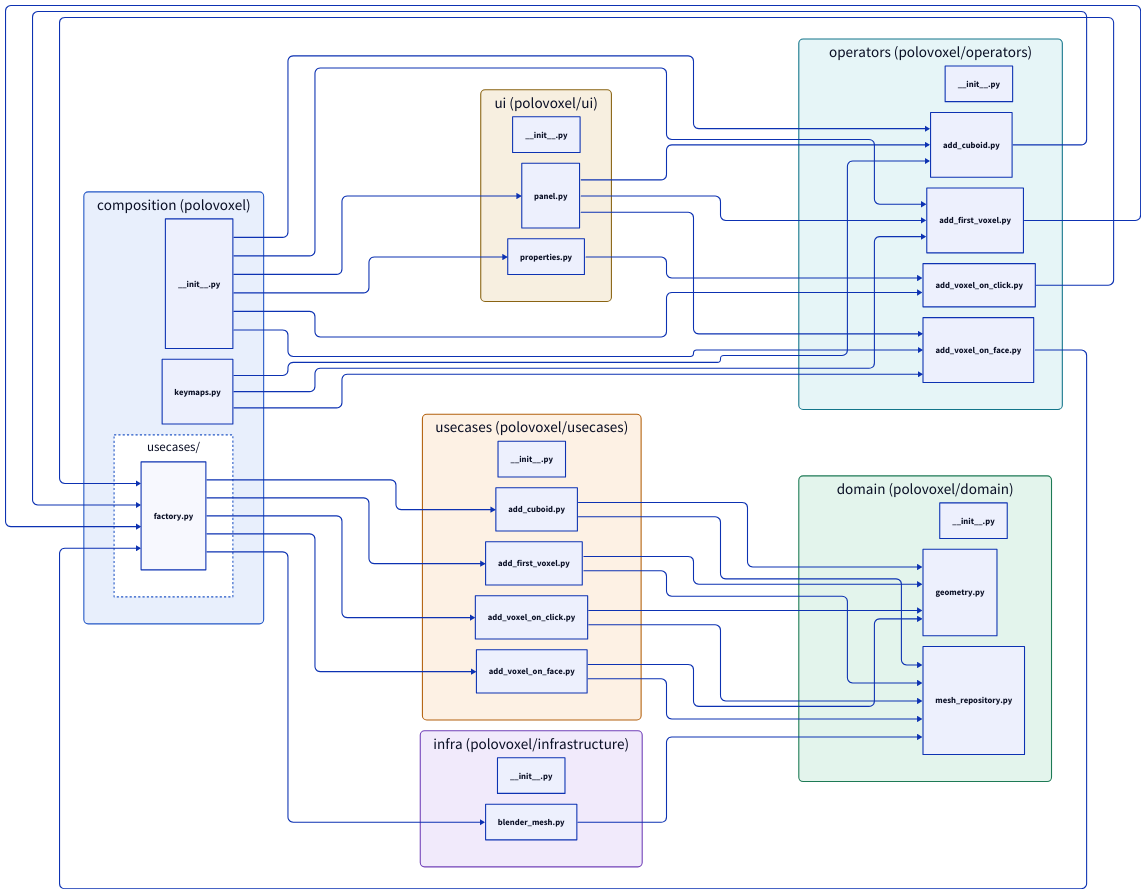
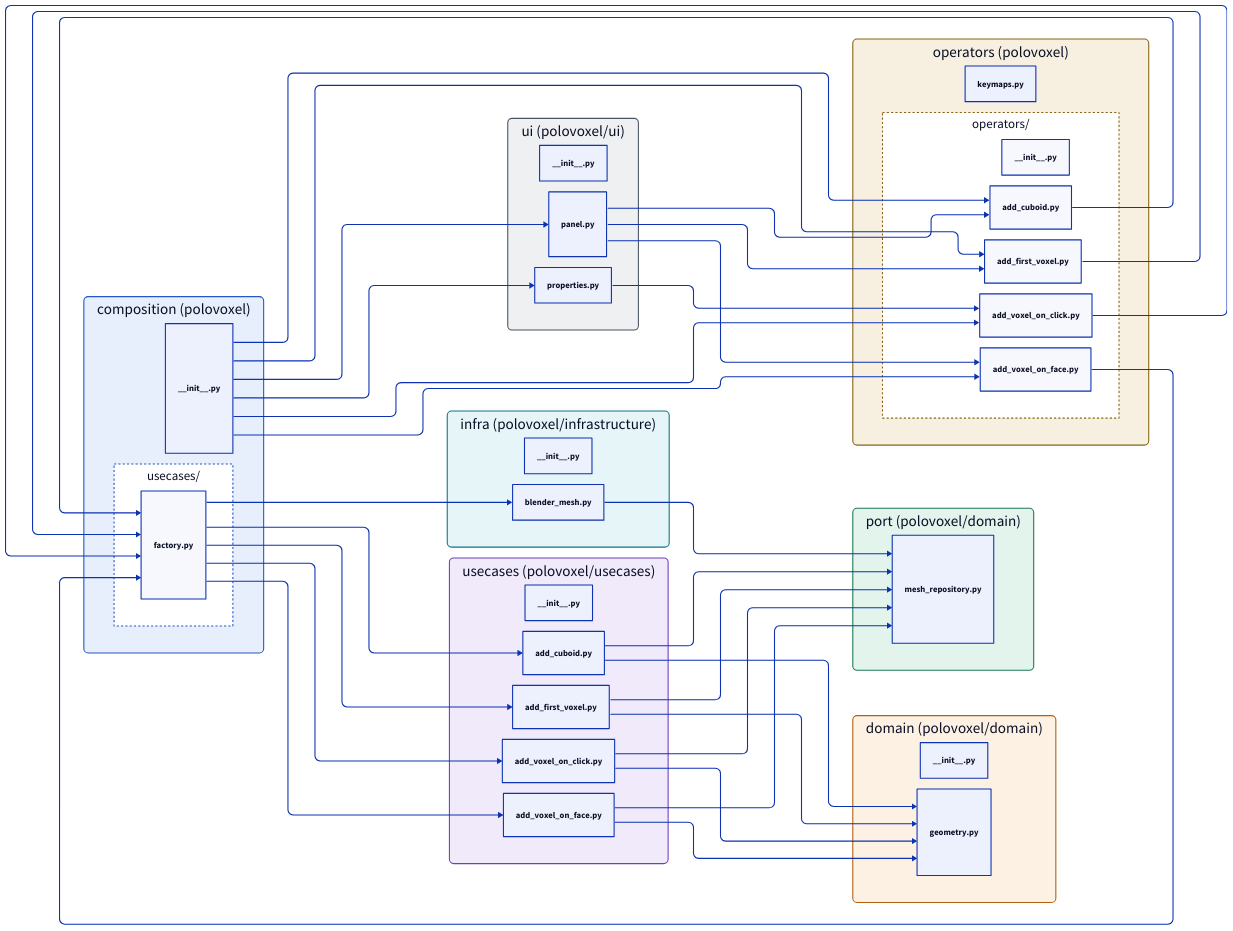
Before and after one commit to polotto/polovoxel: the diagram in docs/diagrams/camadas.d2, drawn with D2. The commit also changed 3 other files, not shown here.

Commit message:
fix: regra de camadas completa conforme docs/ARCHITECTURE.md

```diff
--- a/docs/diagrams/camadas.d2
+++ b/docs/diagrams/camadas.d2
@@ -1,82 +1,85 @@
 # Gerado por `tools arch-check --d2` a partir dos imports. Não editar à mão.
 direction: right
 vars: { d2-config: { layout-engine: elk } }
 
 composition: "composition  (polovoxel)" {
   style: { fill: "#e8effc"; stroke: "#2357c6"; border-radius: 8 }
   "polovoxel/__init__.py": "__init__.py"
-  "polovoxel/keymaps.py": "keymaps.py"
   "usecases": "usecases/" { style: { fill: "#ffffff"; stroke: "#2357c6"; stroke-dash: 2 }
     "polovoxel/usecases/factory.py": "factory.py"
   }
 }
 
-domain: "domain  (polovoxel/domain)" {
+port: "port  (polovoxel/domain)" {
   style: { fill: "#e3f4ec"; stroke: "#1d7a55"; border-radius: 8 }
-  "polovoxel/domain/__init__.py": "__init__.py"
-  "polovoxel/domain/geometry.py": "geometry.py"
   "polovoxel/domain/mesh_repository.py": "mesh_repository.py"
 }
 
+domain: "domain  (polovoxel/domain)" {
+  style: { fill: "#fdf1e4"; stroke: "#b4610e"; border-radius: 8 }
+  "polovoxel/domain/__init__.py": "__init__.py"
+  "polovoxel/domain/geometry.py": "geometry.py"
+}
+
 usecases: "usecases  (polovoxel/usecases)" {
-  style: { fill: "#fdf1e4"; stroke: "#b4610e"; border-radius: 8 }
+  style: { fill: "#f1eafb"; stroke: "#7140b8"; border-radius: 8 }
   "polovoxel/usecases/__init__.py": "__init__.py"
   "polovoxel/usecases/add_cuboid.py": "add_cuboid.py"
   "polovoxel/usecases/add_first_voxel.py": "add_first_voxel.py"
   "polovoxel/usecases/add_voxel_on_click.py": "add_voxel_on_click.py"
   "polovoxel/usecases/add_voxel_on_face.py": "add_voxel_on_face.py"
 }
 
 infra: "infra  (polovoxel/infrastructure)" {
-  style: { fill: "#f1eafb"; stroke: "#7140b8"; border-radius: 8 }
+  style: { fill: "#e6f5f7"; stroke: "#13758a"; border-radius: 8 }
   "polovoxel/infrastructure/__init__.py": "__init__.py"
   "polovoxel/infrastructure/blender_mesh.py": "blender_mesh.py"
 }
 
-operators: "operators  (polovoxel/operators)" {
-  style: { fill: "#e6f5f7"; stroke: "#13758a"; border-radius: 8 }
-  "polovoxel/operators/__init__.py": "__init__.py"
-  "polovoxel/operators/add_cuboid.py": "add_cuboid.py"
-  "polovoxel/operators/add_first_voxel.py": "add_first_voxel.py"
-  "polovoxel/operators/add_voxel_on_click.py": "add_voxel_on_click.py"
-  "polovoxel/operators/add_voxel_on_face.py": "add_voxel_on_face.py"
+operators: "operators  (polovoxel)" {
+  style: { fill: "#f7efe0"; stroke: "#8a6413"; border-radius: 8 }
+  "polovoxel/keymaps.py": "keymaps.py"
+  "operators": "operators/" { style: { fill: "#ffffff"; stroke: "#8a6413"; stroke-dash: 2 }
+    "polovoxel/operators/__init__.py": "__init__.py"
+    "polovoxel/operators/add_cuboid.py": "add_cuboid.py"
+    "polovoxel/operators/add_first_voxel.py": "add_first_voxel.py"
+    "polovoxel/operators/add_voxel_on_click.py": "add_voxel_on_click.py"
+    "polovoxel/operators/add_voxel_on_face.py": "add_voxel_on_face.py"
+  }
 }
 
 ui: "ui  (polovoxel/ui)" {
-  style: { fill: "#f7efe0"; stroke: "#8a6413"; border-radius: 8 }
+  style: { fill: "#eef0f2"; stroke: "#4a5563"; border-radius: 8 }
   "polovoxel/ui/__init__.py": "__init__.py"
   "polovoxel/ui/panel.py": "panel.py"
   "polovoxel/ui/properties.py": "properties.py"
 }
 
-composition."polovoxel/__init__.py" -> operators."polovoxel/operators/add_cuboid.py"
-composition."polovoxel/__init__.py" -> operators."polovoxel/operators/add_first_voxel.py"
-composition."polovoxel/__init__.py" -> operators."polovoxel/operators/add_voxel_on_click.py"
-composition."polovoxel/__init__.py" -> operators."polovoxel/operators/add_voxel_on_face.py"
+composition."polovoxel/__init__.py" -> operators."operators"."polovoxel/operators/add_cuboid.py"
+composition."polovoxel/__init__.py" -> operators."operators"."polovoxel/operators/add_first_voxel.py"
+composition."polovoxel/__init__.py" -> operators."operators"."polovoxel/operators/add_voxel_on_click.py"
+composition."polovoxel/__init__.py" -> operators."operators"."polovoxel/operators/add_voxel_on_face.py"
 composition."polovoxel/__init__.py" -> ui."polovoxel/ui/panel.py"
 composition."polovoxel/__init__.py" -> ui."polovoxel/ui/properties.py"
-infra."polovoxel/infrastructure/blender_mesh.py" -> domain."polovoxel/domain/mesh_repository.py"
-composition."polovoxel/keymaps.py" -> operators."polovoxel/operators/add_cuboid.py"
-composition."polovoxel/keymaps.py" -> operators."polovoxel/operators/add_first_voxel.py"
-composition."polovoxel/keymaps.py" -> operators."polovoxel/operators/add_voxel_on_face.py"
-operators."polovoxel/operators/add_cuboid.py" -> composition."usecases"."polovoxel/usecases/factory.py"
-operators."polovoxel/operators/add_first_voxel.py" -> composition."usecases"."polovoxel/usecases/factory.py"
-operators."polovoxel/operators/add_voxel_on_click.py" -> composition."usecases"."polovoxel/usecases/factory.py"
-operators."polovoxel/operators/add_voxel_on_face.py" -> composition."usecases"."polovoxel/usecases/factory.py"
-ui."polovoxel/ui/panel.py" -> operators."polovoxel/operators/add_cuboid.py"
-ui."polovoxel/ui/panel.py" -> operators."polovoxel/operators/add_first_voxel.py"
-ui."polovoxel/ui/panel.py" -> operators."polovoxel/operators/add_voxel_on_face.py"
-ui."polovoxel/ui/properties.py" -> operators."polovoxel/operators/add_voxel_on_click.py"
+infra."polovoxel/infrastructure/blender_mesh.py" -> port."polovoxel/domain/mesh_repository.py"
+operators."operators"."polovoxel/operators/add_cuboid.py" -> composition."usecases"."polovoxel/usecases/factory.py"
+operators."operators"."polovoxel/operators/add_first_voxel.py" -> composition."usecases"."polovoxel/usecases/factory.py"
+operators."operators"."polovoxel/operators/add_voxel_on_click.py" -> composition."usecases"."polovoxel/usecases/factory.py"
+operators."operators"."polovoxel/operators/add_voxel_on_face.py" -> composition."usecases"."polovoxel/usecases/factory.py"
+ui."polovoxel/ui/panel.py" -> operators."operators"."polovoxel/operators/add_cuboid.py"
+ui."polovoxel/ui/panel.py" -> operators."operators"."polovoxel/operators/add_first_voxel.py"
+ui."polovoxel/ui/panel.py" -> operators."operators"."polovoxel/operators/add_voxel_on_face.py"
+ui."polovoxel/ui/properties.py" -> operators."operators"."polovoxel/operators/add_voxel_on_click.py"
 usecases."polovoxel/usecases/add_cuboid.py" -> domain."polovoxel/domain/geometry.py"
-usecases."polovoxel/usecases/add_cuboid.py" -> domain."polovoxel/domain/mesh_repository.py"
+usecases."polovoxel/usecases/add_cuboid.py" -> port."polovoxel/domain/mesh_repository.py"
 usecases."polovoxel/usecases/add_first_voxel.py" -> domain."polovoxel/domain/geometry.py"
-usecases."polovoxel/usecases/add_first_voxel.py" -> domain."polovoxel/domain/mesh_repository.py"
+usecases."polovoxel/usecases/add_first_voxel.py" -> port."polovoxel/domain/mesh_repository.py"
 usecases."polovoxel/usecases/add_voxel_on_click.py" -> domain."polovoxel/domain/geometry.py"
-usecases."polovoxel/usecases/add_voxel_on_click.py" -> domain."polovoxel/domain/mesh_repository.py"
+usecases."polovoxel/usecases/add_voxel_on_click.py" -> port."polovoxel/domain/mesh_repository.py"
 usecases."polovoxel/usecases/add_voxel_on_face.py" -> domain."polovoxel/domain/geometry.py"
-usecases."polovoxel/usecases/add_voxel_on_face.py" -> domain."polovoxel/domain/mesh_repository.py"
+usecases."polovoxel/usecases/add_voxel_on_face.py" -> port."polovoxel/domain/mesh_repository.py"
 composition."usecases"."polovoxel/usecases/factory.py" -> infra."polovoxel/infrastructure/blender_mesh.py"
 composition."usecases"."polovoxel/usecases/factory.py" -> usecases."polovoxel/usecases/add_cuboid.py"
 composition."usecases"."polovoxel/usecases/factory.py" -> usecases."polovoxel/usecases/add_first_voxel.py"
 composition."usecases"."polovoxel/usecases/factory.py" -> usecases."polovoxel/usecases/add_voxel_on_click.py"
 composition."usecases"."polovoxel/usecases/factory.py" -> usecases."polovoxel/usecases/add_voxel_on_face.py"
```
